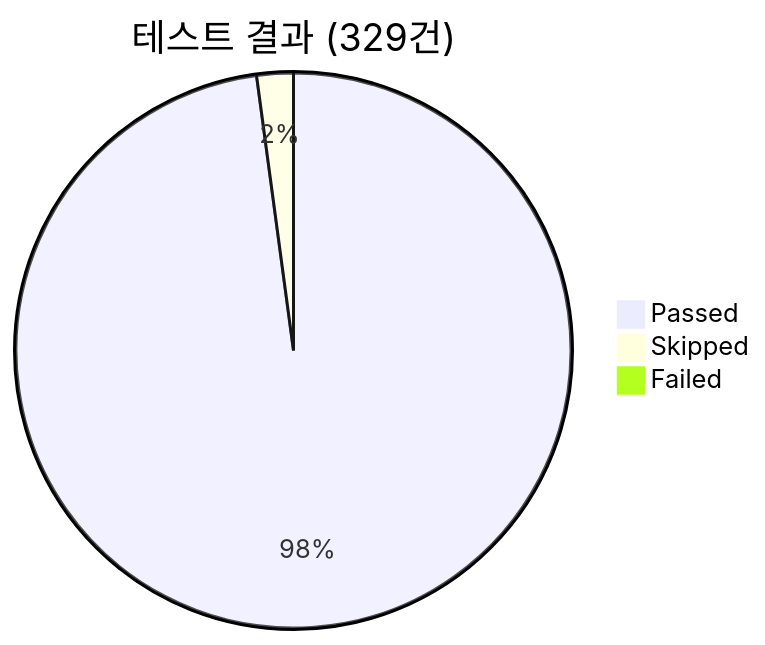
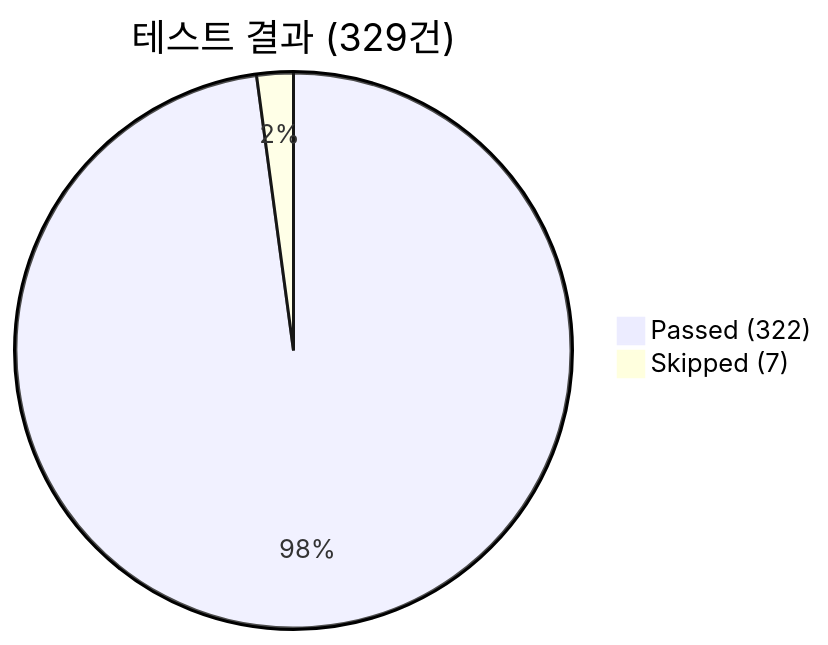
One commit to sun475300-sudo/Swarm-control-in-sc2bot changed diagram 23 of 29 in README.md. Above: the diagram before and after it, drawn with Mermaid. The commit also changed other lines of this file, not shown here.

````diff
--- a/README.md
+++ b/README.md
@@ -1368,6 +955,5 @@
 ```mermaid
 pie title 테스트 결과 (329건)
-    "Passed" : 322
-    "Skipped" : 7
-    "Failed" : 0
+    "Passed (322)" : 322
+    "Skipped (7)" : 7
 ```
````
